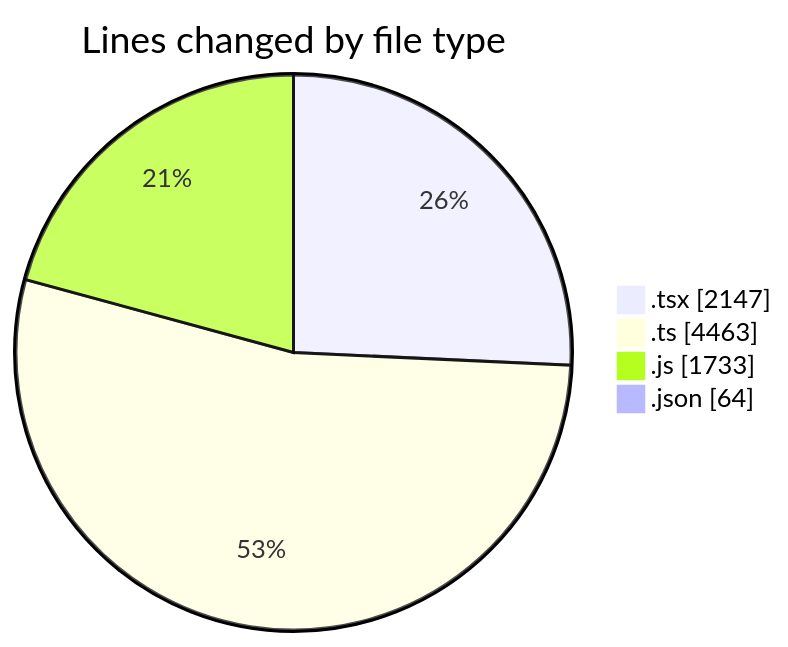
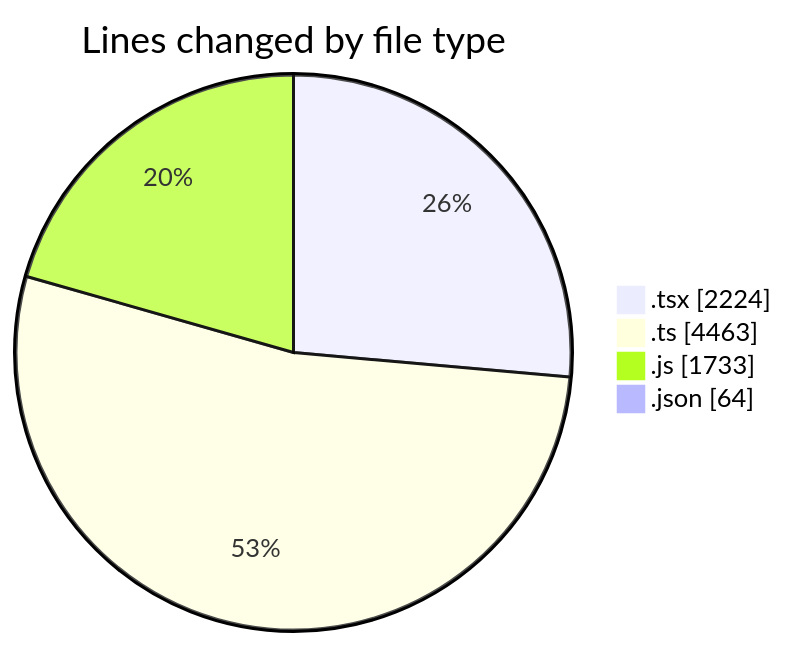
The first of 2 diagrams in 2026-07-30/cda/README.md (momahboobian/code-tracking), drawn with Mermaid before and after one commit. The commit also changed other lines of this file and 1 other file, not shown here.

````diff
--- a/2026-07-30/cda/README.md
+++ b/2026-07-30/cda/README.md
@@ -47,8 +47,8 @@
 ```mermaid
 pie showData
 title Lines changed by file type
-".tsx" : 2147
+".tsx" : 2224
 ".ts" : 4463
 ".js" : 1733
 ".json" : 64
 ```
````
